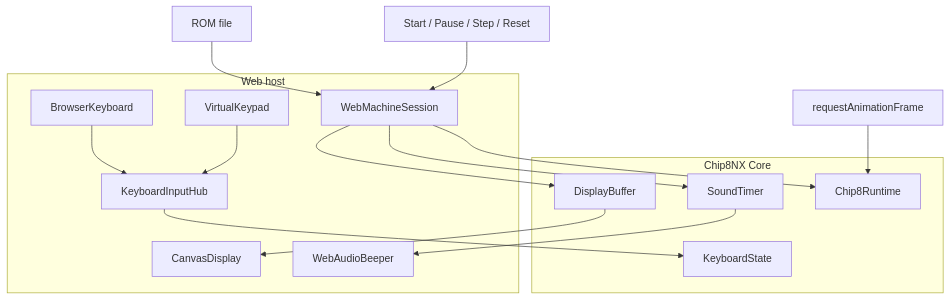
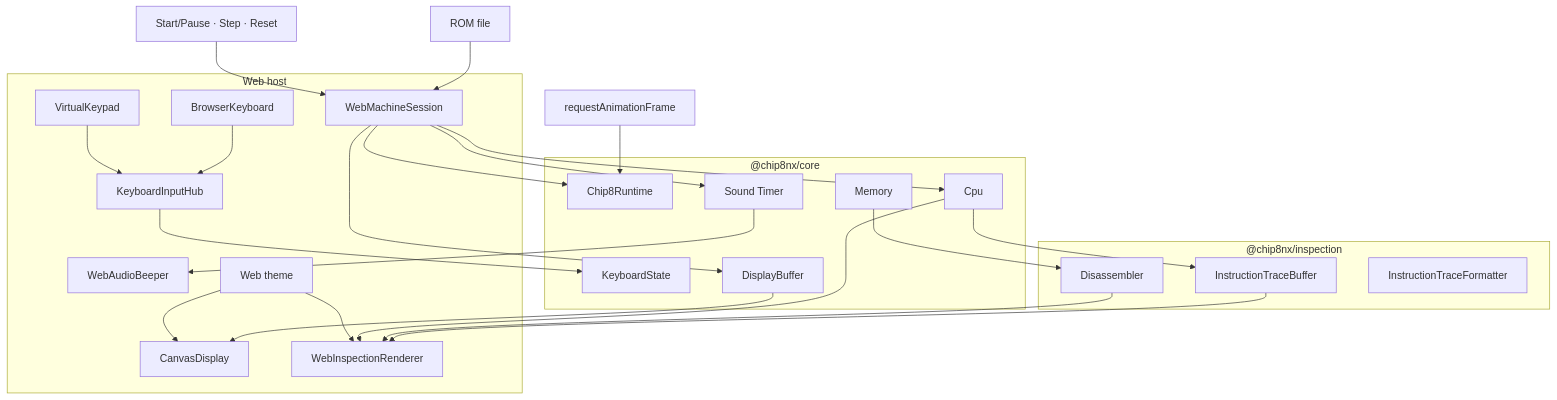
One commit to fa-ribeiro/Chip8NX changed the first of 2 diagrams in docs/guides/web-application.md. Above: the diagram before and after it, drawn with Mermaid. The commit also changed other lines of this file and 9 other files, not shown here.

Commit message:
docs: prepare v0.7.0 web inspection workbench release

````diff
--- a/docs/guides/web-application.md
+++ b/docs/guides/web-application.md
@@ -27,37 +61,61 @@
 ```mermaid
 flowchart TB
     ROM["ROM file"]
-    Controls["Start / Pause / Step / Reset"]
+    Controls["Start/Pause · Step · Reset"]
     Loop["requestAnimationFrame"]
 
     subgraph Web["Web host"]
+        Session["WebMachineSession"]
+
+        Physical["BrowserKeyboard"]
         Virtual["VirtualKeypad"]
-        Physical["BrowserKeyboard"]
         Hub["KeyboardInputHub"]
+
         Canvas["CanvasDisplay"]
         Audio["WebAudioBeeper"]
-        Session["WebMachineSession"]
+
+        Inspector["WebInspectionRenderer"]
+        Theme["Web theme"]
     end
 
-    subgraph Core["Chip8NX Core"]
+    subgraph Inspection["@chip8nx/inspection"]
+        Disassembler["Disassembler"]
+        TraceBuffer["InstructionTraceBuffer"]
+        TraceFormatter["InstructionTraceFormatter"]
+    end
+
+    subgraph Core["@chip8nx/core"]
+        Runtime["Chip8Runtime"]
+        Cpu["Cpu"]
         Keyboard["KeyboardState"]
-        Buffer["DisplayBuffer"]
-        Sound["SoundTimer"]
-        Runtime["Chip8Runtime"]
+        DisplayBuffer["DisplayBuffer"]
+        Sound["Sound Timer"]
+        Memory["Memory"]
     end
 
     ROM --> Session
     Controls --> Session
     Loop --> Runtime
 
     Session --> Runtime
-    Session --> Buffer
+    Session --> Cpu
+    Session --> DisplayBuffer
     Session --> Sound
 
     Physical --> Hub
     Virtual --> Hub
     Hub --> Keyboard
 
-    Buffer --> Canvas
+    Cpu --> TraceBuffer
+    Memory --> Disassembler
+
+    TraceBuffer --> Inspector
+    Disassembler --> Inspector
+    Cpu --> Inspector
+
+    DisplayBuffer --> Canvas
     Sound --> Audio
+
+    Theme --> Canvas
+    Theme --> Inspector
 ```
````
